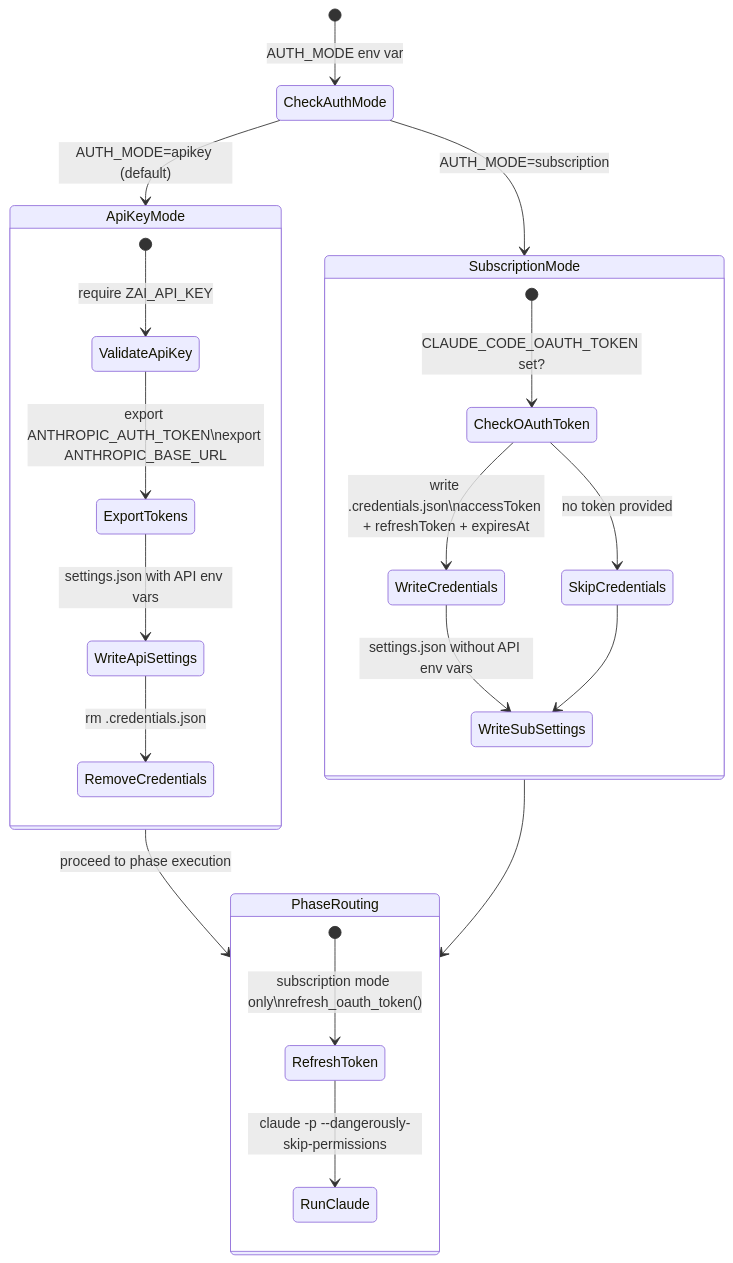
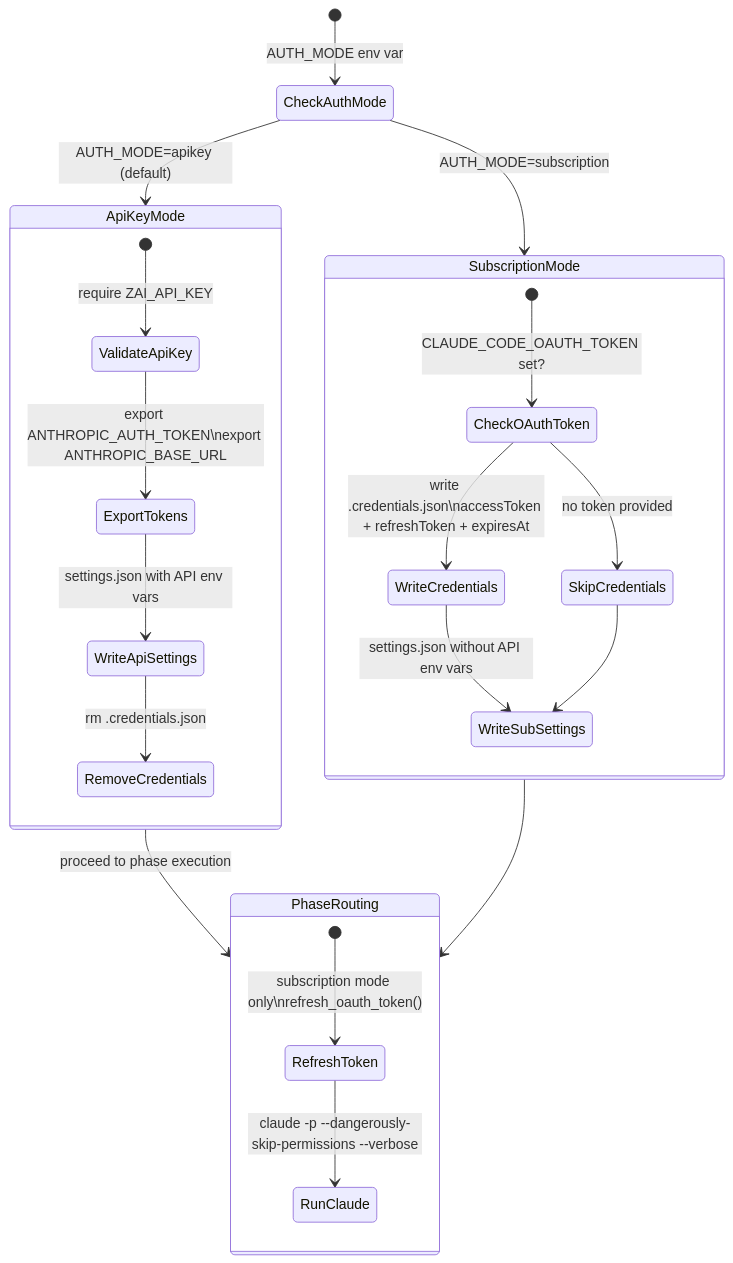
One commit to J-Gierend/gamePocGen changed the eighth of 8 diagrams in AI/document/06-state-lifecycle.md. Above: the diagram before and after it, drawn with Mermaid. The commit also changed other lines of this file and 5 other files, not shown here.

````diff
--- a/AI/document/06-state-lifecycle.md
+++ b/AI/document/06-state-lifecycle.md
@@ -187,30 +199,30 @@
 ```mermaid
 stateDiagram-v2
     [*] --> CheckAuthMode: AUTH_MODE env var
 
     CheckAuthMode --> ApiKeyMode: AUTH_MODE=apikey (default)
     CheckAuthMode --> SubscriptionMode: AUTH_MODE=subscription
 
     state ApiKeyMode {
         [*] --> ValidateApiKey: require ZAI_API_KEY
         ValidateApiKey --> ExportTokens: export ANTHROPIC_AUTH_TOKEN\nexport ANTHROPIC_BASE_URL
         ExportTokens --> WriteApiSettings: settings.json with API env vars
         WriteApiSettings --> RemoveCredentials: rm .credentials.json
     }
 
     state SubscriptionMode {
         [*] --> CheckOAuthToken: CLAUDE_CODE_OAUTH_TOKEN set?
         CheckOAuthToken --> WriteCredentials: write .credentials.json\naccessToken + refreshToken + expiresAt
         CheckOAuthToken --> SkipCredentials: no token provided
         WriteCredentials --> WriteSubSettings: settings.json without API env vars
         SkipCredentials --> WriteSubSettings
     }
 
     ApiKeyMode --> PhaseRouting: proceed to phase execution
     SubscriptionMode --> PhaseRouting
 
     state PhaseRouting {
         [*] --> RefreshToken: subscription mode only\nrefresh_oauth_token()
-        RefreshToken --> RunClaude: claude -p --dangerously-skip-permissions
+        RefreshToken --> RunClaude: claude -p --dangerously-skip-permissions --verbose
     }
 ```
````
